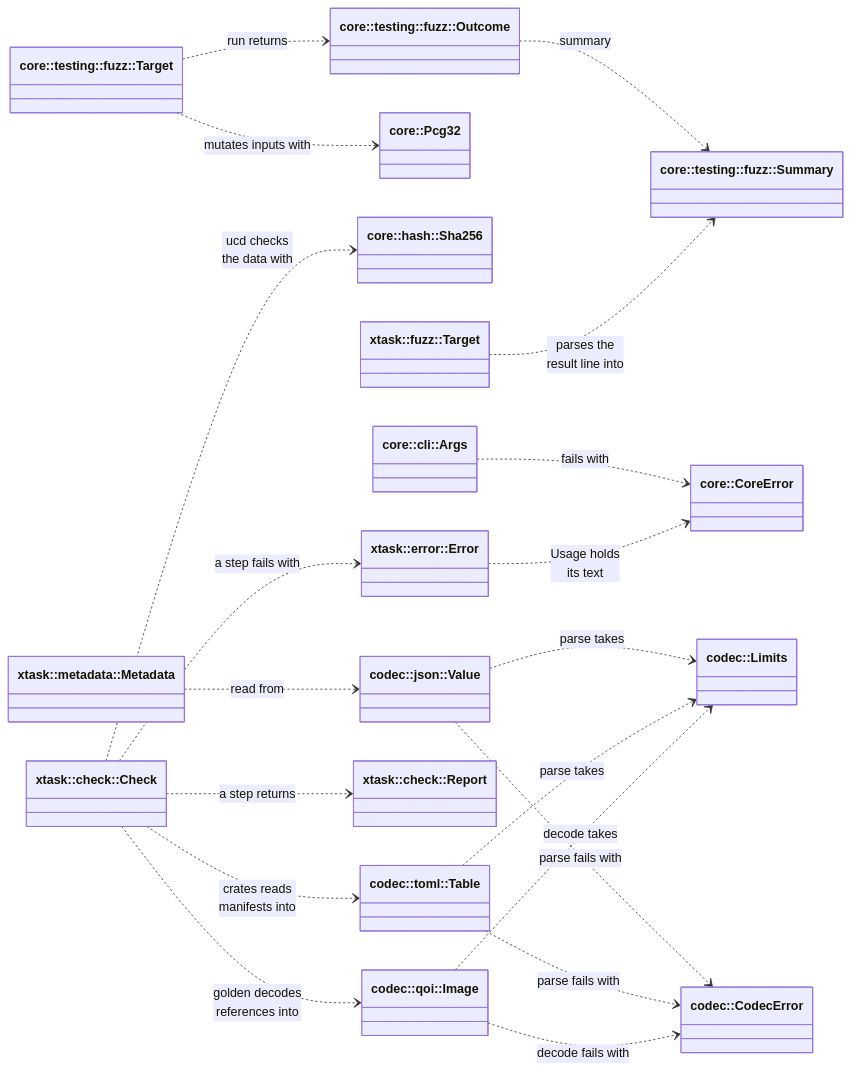
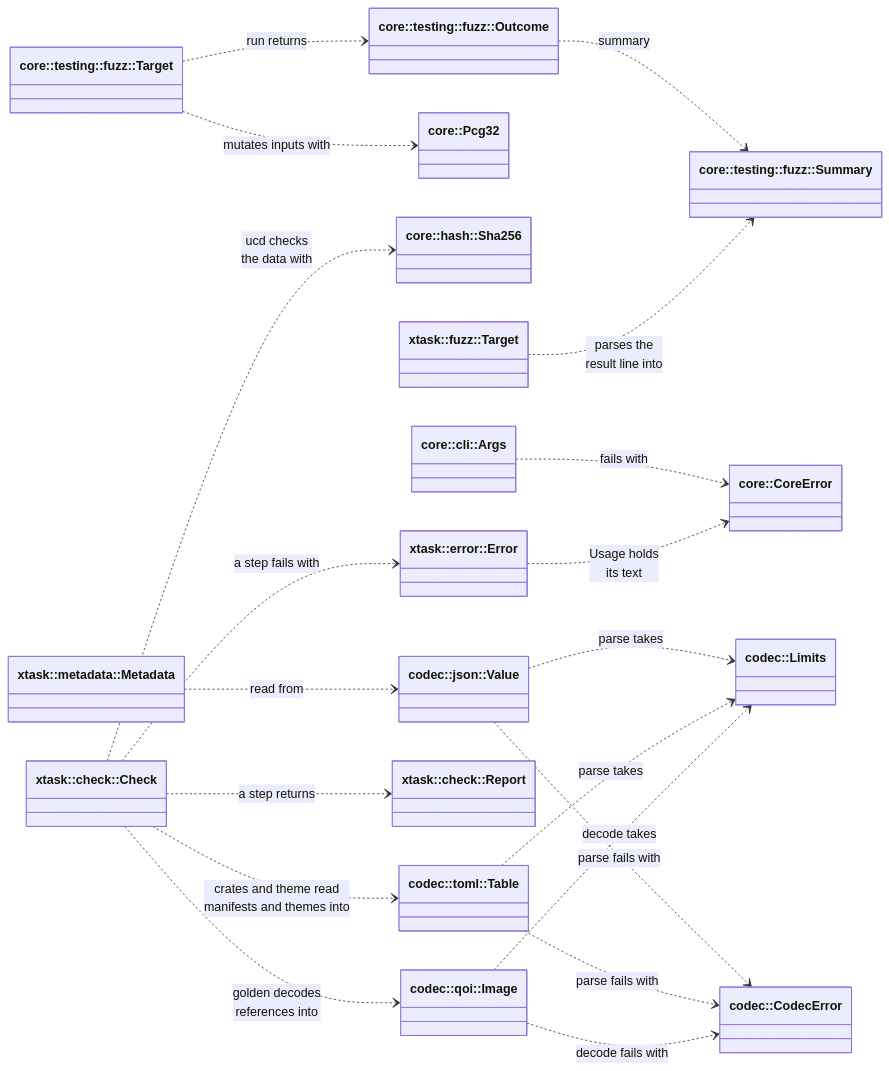
The first of 45 diagrams in diagrams/class-diagrams.md (jabbott-iii/Tidepool), drawn with Mermaid before and after one commit. The commit also changed other lines of this file and 50 other files, not shown here.

````diff
--- a/diagrams/class-diagrams.md
+++ b/diagrams/class-diagrams.md
@@ -69,39 +72,39 @@
 ```mermaid
 classDiagram
     direction LR
     class CoreError["core::CoreError"]
     class Args["core::cli::Args"]
     class Pcg32["core::Pcg32"]
     class Sha256["core::hash::Sha256"]
     class FuzzTarget["core::testing::fuzz::Target"]
     class FuzzOutcome["core::testing::fuzz::Outcome"]
     class FuzzSummary["core::testing::fuzz::Summary"]
     class Limits["codec::Limits"]
     class CodecError["codec::CodecError"]
     class JsonValue["codec::json::Value"]
     class TomlTable["codec::toml::Table"]
     class QoiImage["codec::qoi::Image"]
     class Check["xtask::check::Check"]
     class Report["xtask::check::Report"]
     class Metadata["xtask::metadata::Metadata"]
     class SmokeTarget["xtask::fuzz::Target"]
     class XtaskError["xtask::error::Error"]
     Args ..> CoreError : fails with
     FuzzTarget ..> Pcg32 : mutates inputs with
     FuzzTarget ..> FuzzOutcome : run returns
     FuzzOutcome ..> FuzzSummary : summary
     JsonValue ..> Limits : parse takes
     TomlTable ..> Limits : parse takes
     JsonValue ..> CodecError : parse fails with
     TomlTable ..> CodecError : parse fails with
     QoiImage ..> Limits : decode takes
     QoiImage ..> CodecError : decode fails with
     Check ..> Report : a step returns
     Check ..> XtaskError : a step fails with
     Check ..> Sha256 : ucd checks<br/>the data with
-    Check ..> TomlTable : crates reads<br/>manifests into
+    Check ..> TomlTable : crates and theme read<br/>manifests and themes into
     Check ..> QoiImage : golden decodes<br/>references into
     Metadata ..> JsonValue : read from
     SmokeTarget ..> FuzzSummary : parses the<br/>result line into
     XtaskError ..> CoreError : Usage holds<br/>its text
 ```
````
